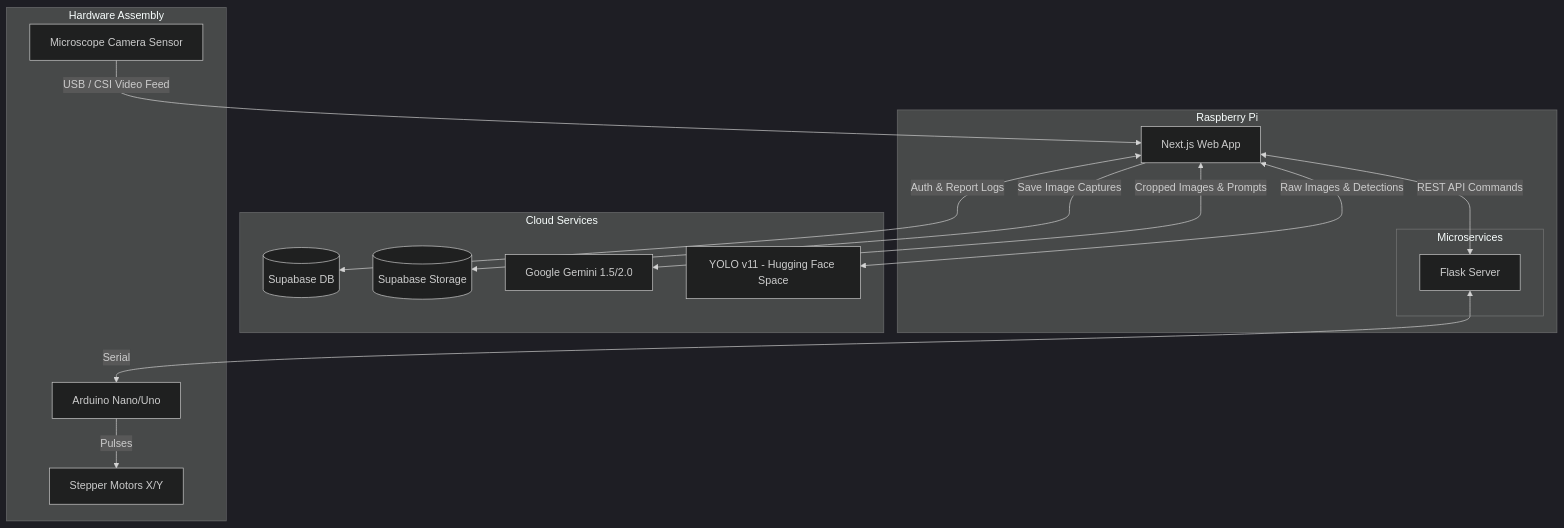
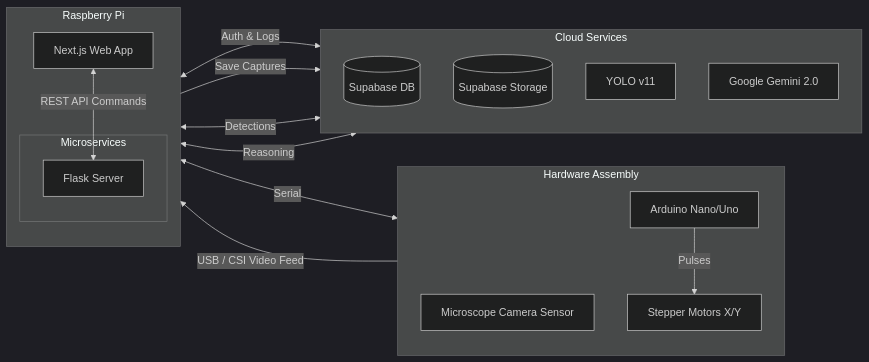
One commit to mcggEz/microview-ai changed the first of 4 diagrams in README.md. Above: the diagram before and after it, drawn with Mermaid (dark theme).

Commit message:
docs: rearrange System Architecture to LR flow (Hardware -> Pi -> Cloud)

````diff
--- a/README.md
+++ b/README.md
@@ -19,35 +19,37 @@
 ```mermaid
-flowchart TB
-  subgraph Cloud Services
-    DB[(Supabase DB)]
-    ST[(Supabase Storage)]
-    VLM[Google Gemini 1.5/2.0]
-    YOLO[YOLO v11 - Hugging Face Space]
+flowchart LR
+  subgraph Hardware["Hardware Assembly"]
+    direction TB
+    CAM[Microscope Camera Sensor]
+    ARD[Arduino Nano/Uno]
+    STEP[Stepper Motors X/Y]
+    ARD -->|Pulses| STEP
   end
 
-  subgraph Local Workstation [Raspberry Pi]
+  subgraph RPI_Section["Raspberry Pi"]
+    direction TB
     UI[Next.js Web App]
-    
     subgraph Microservices
       MOTOR[Flask Server]
     end
-    
     UI <-->|REST API Commands| MOTOR
   end
 
-  subgraph Hardware Assembly
-    ARD[Arduino Nano/Uno]
-    STEP[Stepper Motors X/Y]
-    CAM[Microscope Camera Sensor]
-    
-    MOTOR <-->|Serial| ARD
-    ARD -->|Pulses| STEP
-    CAM -->|USB / CSI Video Feed| UI
+  subgraph Cloud["Cloud Services"]
+    direction TB
+    DB[(Supabase DB)]
+    ST[(Supabase Storage)]
+    YOLO[YOLO v11]
+    VLM[Google Gemini 2.0]
   end
 
-  %% Data Flow
-  UI <-->|Auth & Report Logs| DB
-  UI -->|Save Image Captures| ST
-  UI <-->|Raw Images & Detections| YOLO
-  UI <-->|Cropped Images & Prompts| VLM
+  %% Hardware to Pi
+  CAM -->|USB / CSI Video Feed| UI
+  MOTOR <-->|Serial| ARD
+
+  %% Pi to Cloud
+  UI <-->|Auth & Logs| DB
+  UI -->|Save Captures| ST
+  UI <-->|Detections| YOLO
+  UI <-->|Reasoning| VLM
 ```
````
